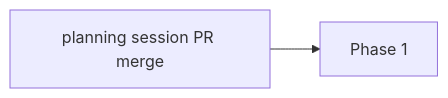
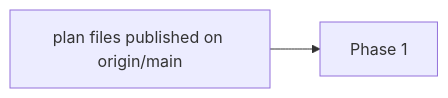
Before and after one commit to teamupstart/mission-control: the diagram in docs/plans/hide-outside-sessions/phased-plan.md, drawn with Mermaid. The commit also changed other lines of this file and 2 other files, not shown here.

First line of the commit message:
docs(plans): repair hide-outside-sessions plan after validation

````diff
--- a/docs/plans/hide-outside-sessions/phased-plan.md
+++ b/docs/plans/hide-outside-sessions/phased-plan.md
@@ -59,4 +59,4 @@
 ```mermaid
 flowchart LR
-  plan[planning session PR merge] --> p1[Phase 1]
+  plan[plan files published on origin/main] --> p1[Phase 1]
 ```
````
